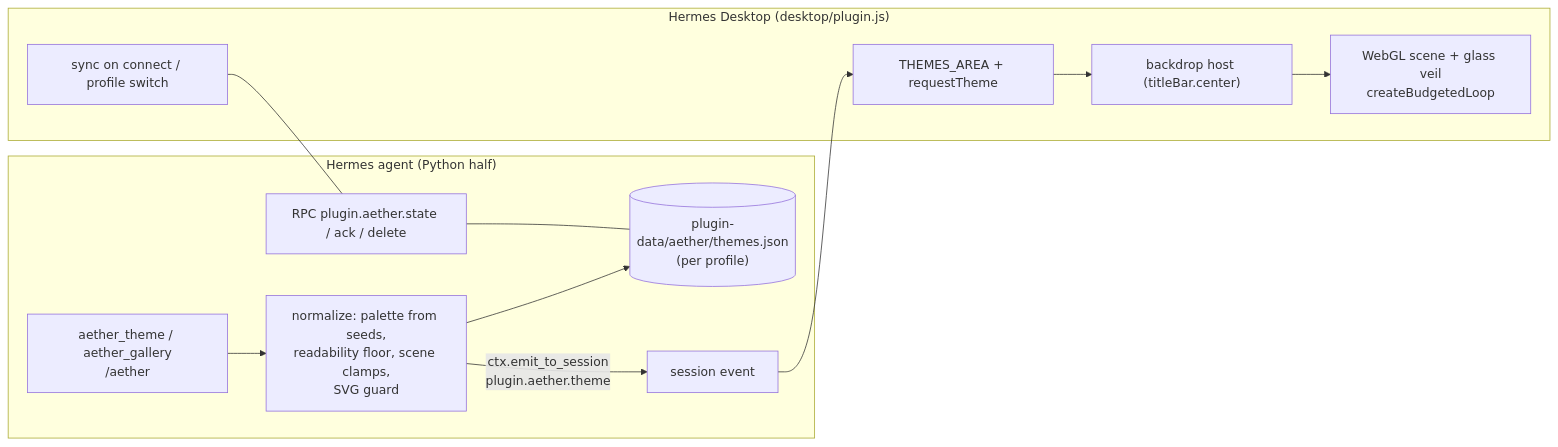
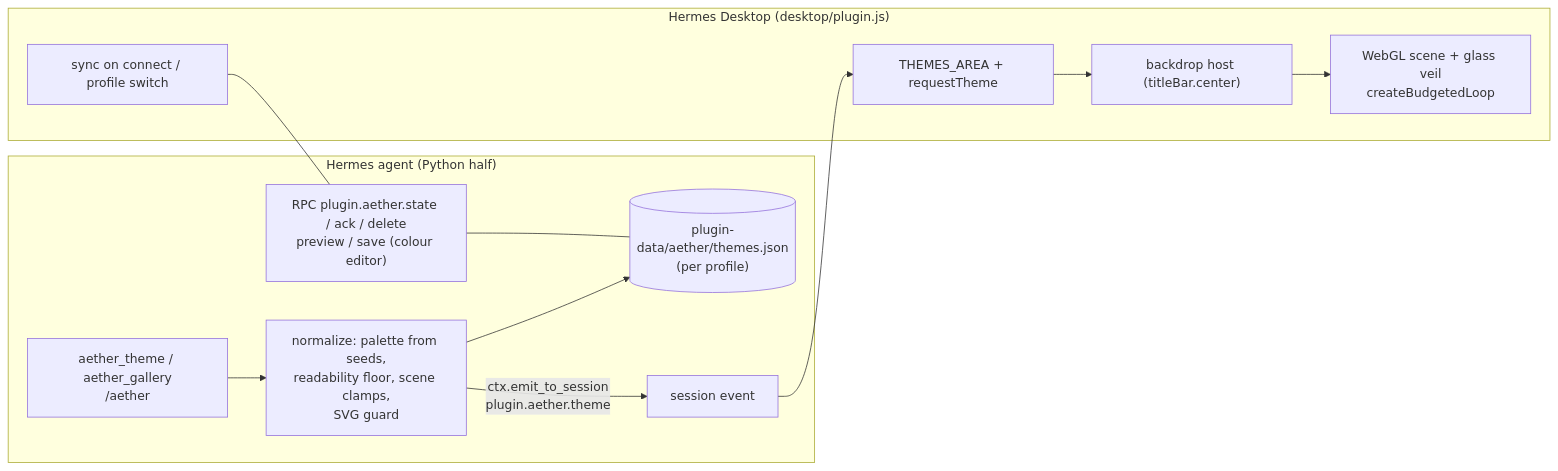
The diagram in README.md (abundantbeing/aether), drawn with Mermaid before and after one commit.

Commit message:
Show the colour editor's RPC methods in the diagram

````diff
--- a/README.md
+++ b/README.md
@@ -91,15 +91,15 @@
 ```mermaid
 flowchart LR
   subgraph Agent["Hermes agent (Python half)"]
     T["aether_theme / aether_gallery<br/>/aether"] --> N["normalize: palette from seeds,<br/>readability floor, scene clamps,<br/>SVG guard"]
     N --> S[("plugin-data/aether/themes.json<br/>(per profile)")]
     N -- "ctx.emit_to_session<br/>plugin.aether.theme" --> E
-    R["RPC plugin.aether.state / ack / delete"] --- S
+    R["RPC plugin.aether.state / ack / delete<br/>preview / save (colour editor)"] --- S
   end
   subgraph Desktop["Hermes Desktop (desktop/plugin.js)"]
     E["session event"] --> A["THEMES_AREA + requestTheme"]
     A --> H["backdrop host (titleBar.center)"]
     H --> G["WebGL scene + glass veil<br/>createBudgetedLoop"]
     Y["sync on connect / profile switch"] --- R
   end
 ```
````
